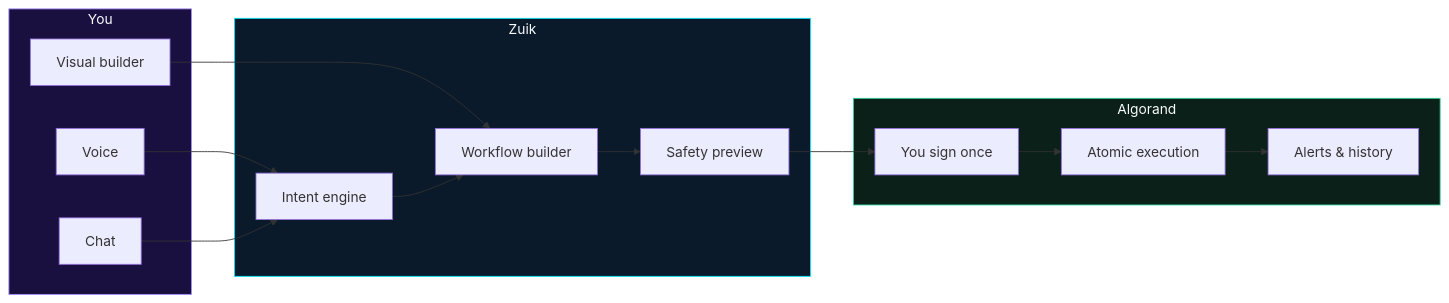
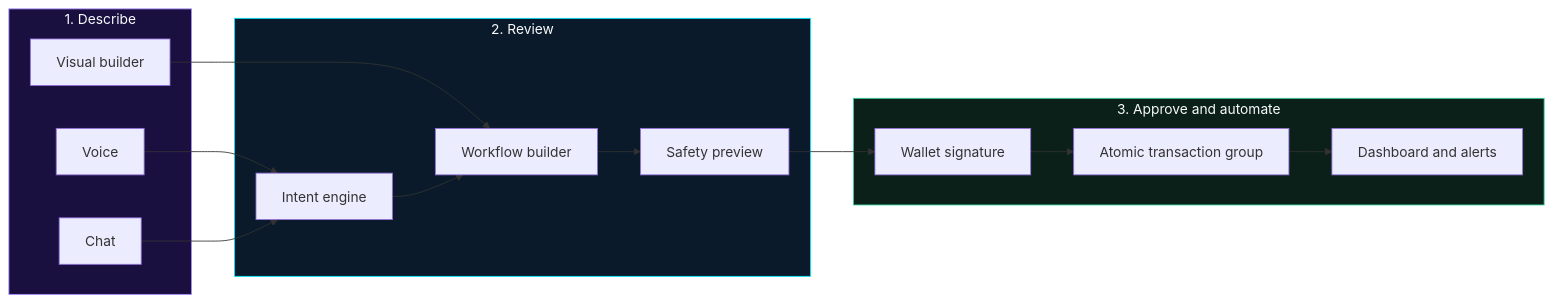
One commit to DarshanKrishna-DK/Zuik changed the first of 4 diagrams in README.md. Above: the diagram before and after it, drawn with Mermaid. The commit also changed other lines of this file and 41 other files, not shown here.

````diff
--- a/README.md
+++ b/README.md
@@ -67,33 +99,33 @@
 ```mermaid
 flowchart LR
-    subgraph YOU["You"]
+    subgraph INPUT["1. Describe"]
         V["Voice"]
         T["Chat"]
         B["Visual builder"]
     end
 
-    subgraph ZUIK["Zuik"]
-        AI["Intent engine"]
+    subgraph ZUIK["2. Review"]
+        INTENT["Intent engine"]
         FLOW["Workflow builder"]
         CHECK["Safety preview"]
     end
 
-    subgraph CHAIN["Algorand"]
-        SIGN["You sign once"]
-        ATOMIC["Atomic execution"]
-        ALERT["Alerts & history"]
+    subgraph EXECUTE["3. Approve and automate"]
+        SIGN["Wallet signature"]
+        ATOMIC["Atomic transaction group"]
+        TRACK["Dashboard and alerts"]
     end
 
-    V --> AI
-    T --> AI
+    V --> INTENT
+    T --> INTENT
     B --> FLOW
-    AI --> FLOW
+    INTENT --> FLOW
     FLOW --> CHECK
     CHECK --> SIGN
     SIGN --> ATOMIC
-    ATOMIC --> ALERT
+    ATOMIC --> TRACK
 
-    style YOU fill:#1a1040,stroke:#a78bfa,color:#f8fafc
+    style INPUT fill:#1a1040,stroke:#a78bfa,color:#f8fafc
     style ZUIK fill:#0a1a2a,stroke:#00e5ff,color:#f8fafc
-    style CHAIN fill:#0a2018,stroke:#34d399,color:#f8fafc
+    style EXECUTE fill:#0a2018,stroke:#34d399,color:#f8fafc
 ```
````
